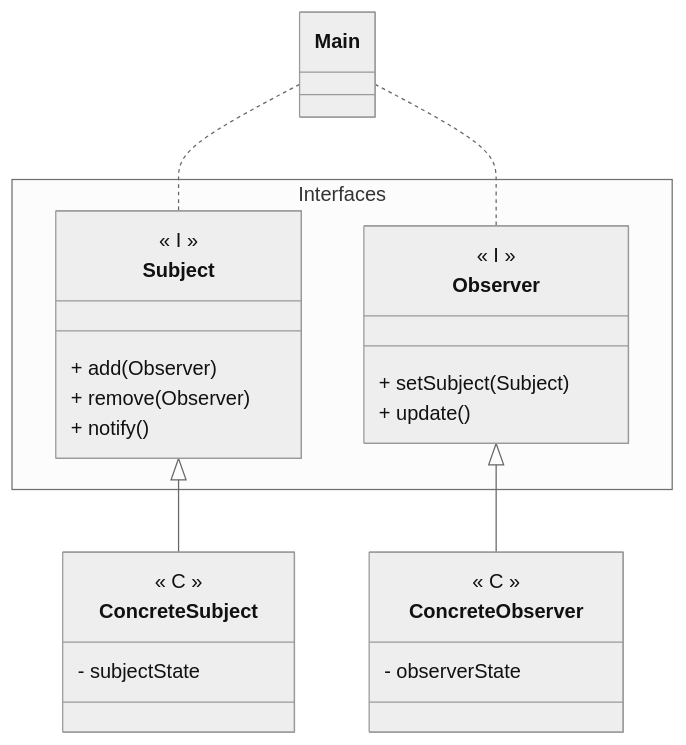
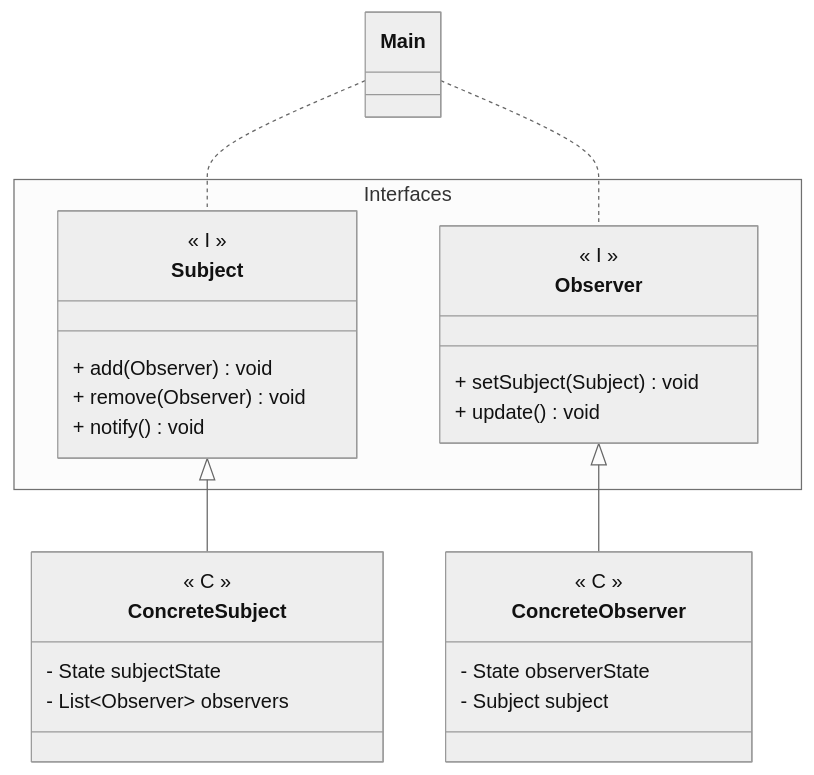
One commit to angelromarco04/MyNotes changed the diagram in Programming/Patterns/data/Observer.md. Above: the diagram before and after it, drawn with Mermaid (neutral theme). The commit also changed other lines of this file, not shown here.

````diff
--- a/Programming/Patterns/data/Observer.md
+++ b/Programming/Patterns/data/Observer.md
@@ -26,37 +26,39 @@
 ```mermaid
 classDiagram
 direction TB
 
 Main .. Subject
 Main .. Observer
 
 Subject <|-- ConcreteSubject
 Observer <|-- ConcreteObserver
 
 namespace Interfaces {
 
 	class Subject {
 		<< I >>
-		+ add(Observer)
-		+ remove(Observer)
-		+ notify()
+		+ add(Observer) void
+		+ remove(Observer) void
+		+ notify() void
 	}
 
 	class Observer {
 		<< I >>
-		+ setSubject(Subject)
-		+ update()
+		+ setSubject(Subject) void
+		+ update() void
 	}
 }
 
 class ConcreteSubject {
 		<< C >>
-		- subjectState
+		- State subjectState
+		- List~Observer~ observers
 	}
 
 class ConcreteObserver {
 	<< C >>
-	- observerState
+	- State observerState
+	- Subject subject
 }
 
 ```
````
